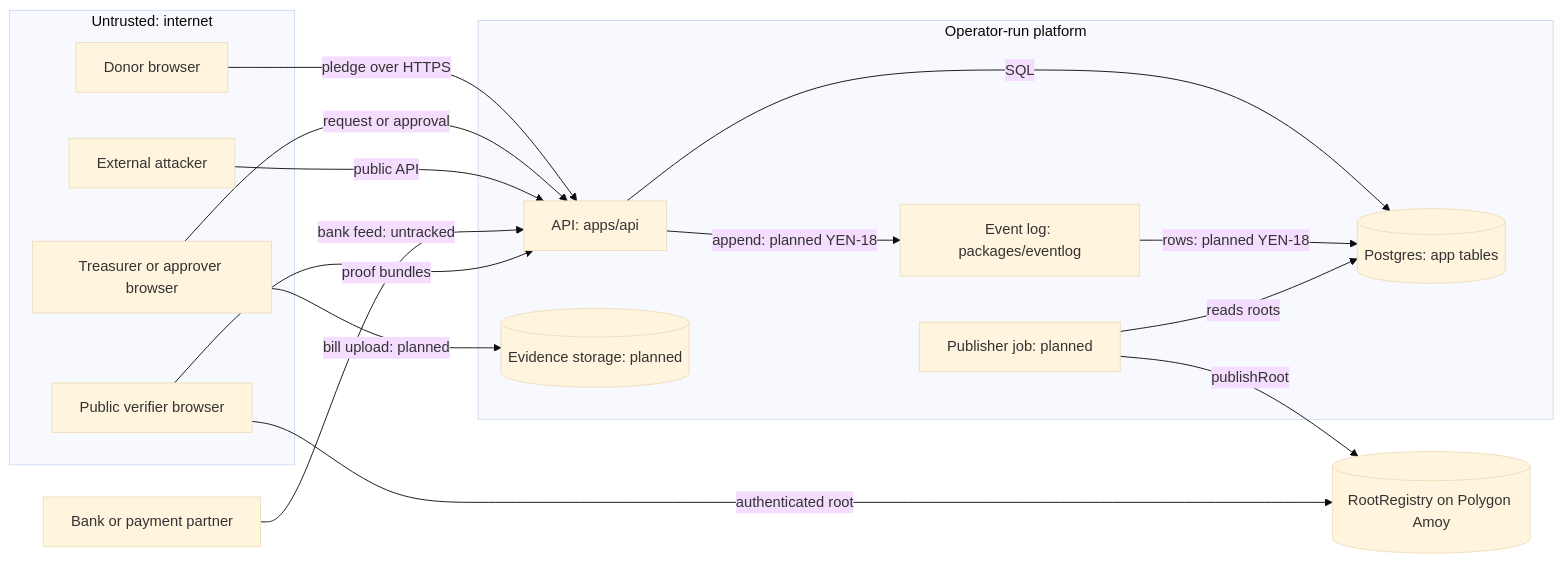
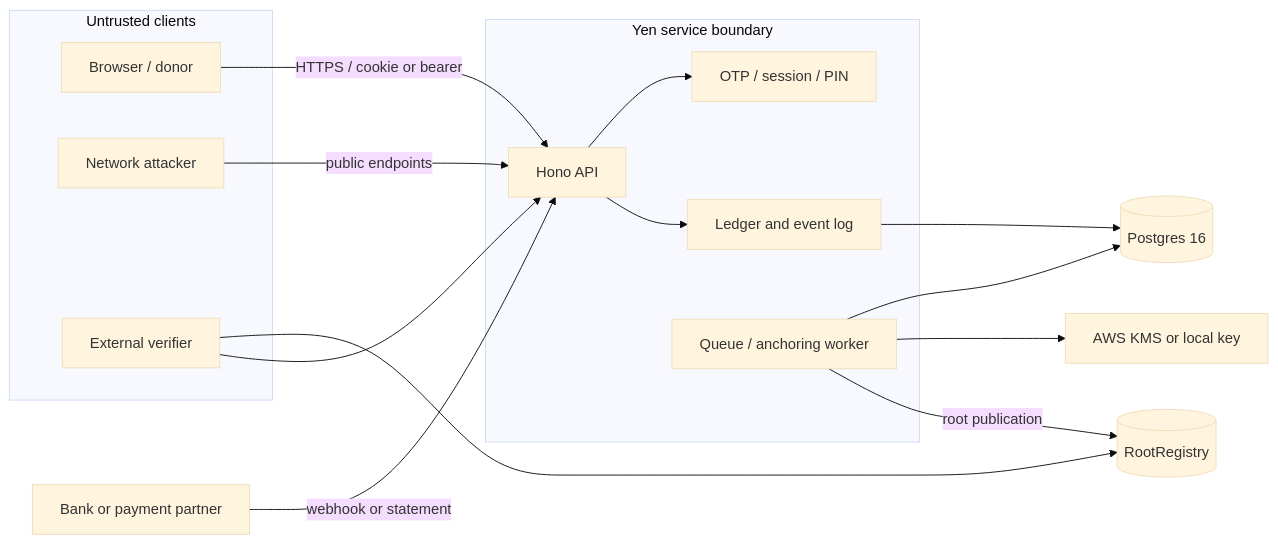
The diagram in docs/THREAT-MODEL.md (aetosdios27/Yen), drawn with Mermaid (base theme) before and after one commit. The commit also changed other lines of this file and 1 other file, not shown here.

First line of the commit message:
docs(security): add YEN-47 security review (#105)

````diff
--- a/docs/THREAT-MODEL.md
+++ b/docs/THREAT-MODEL.md
@@ -97,30 +21,29 @@
 ```mermaid
 flowchart LR
-  subgraph untrusted["Untrusted: internet"]
-    donor["Donor browser"]
-    staff["Treasurer or approver browser"]
-    verifier["Public verifier browser"]
-    attacker["External attacker"]
+  subgraph internet["Untrusted clients"]
+    browser["Browser / donor"]
+    attacker["Network attacker"]
+    verifier["External verifier"]
   end
-  subgraph operator["Operator-run platform"]
-    api["API: apps/api"]
-    eventlog["Event log: packages/eventlog"]
-    db[("Postgres: app tables")]
-    evidence[("Evidence storage: planned")]
-    publisher["Publisher job: planned"]
+  subgraph app["Yen service boundary"]
+    api["Hono API"]
+    auth["OTP / session / PIN"]
+    ledger["Ledger and event log"]
+    worker["Queue / anchoring worker"]
   end
-  bank["Bank or payment partner"]
-  chain[("RootRegistry on Polygon Amoy")]
-  donor -->|"pledge over HTTPS"| api
-  staff -->|"request or approval"| api
-  attacker -->|"public API"| api
-  api -->|"SQL"| db
-  api -->|"append: planned YEN-18"| eventlog
-  eventlog -->|"rows: planned YEN-18"| db
-  staff -->|"bill upload: planned"| evidence
-  bank -->|"bank feed: untracked"| api
-  publisher -->|"reads roots"| db
-  publisher -->|"publishRoot"| chain
-  verifier -->|"proof bundles"| api
-  verifier -->|"authenticated root"| chain
+  db[("Postgres 16")]
+  partner["Bank or payment partner"]
+  kms["AWS KMS or local key"]
+  chain[("RootRegistry")]
+  browser -->|"HTTPS / cookie or bearer"| api
+  attacker -->|"public endpoints"| api
+  api --> auth
+  api --> ledger
+  ledger --> db
+  partner -->|"webhook or statement"| api
+  worker --> db
+  worker --> kms
+  worker -->|"root publication"| chain
+  verifier --> chain
+  verifier --> api
 ```
````
